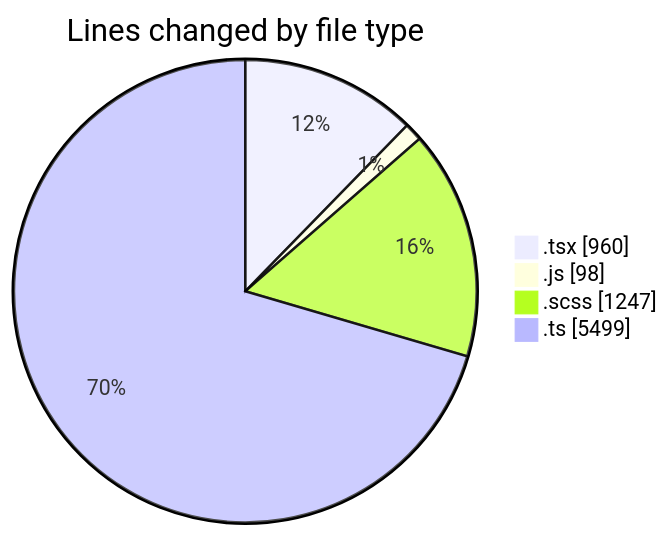
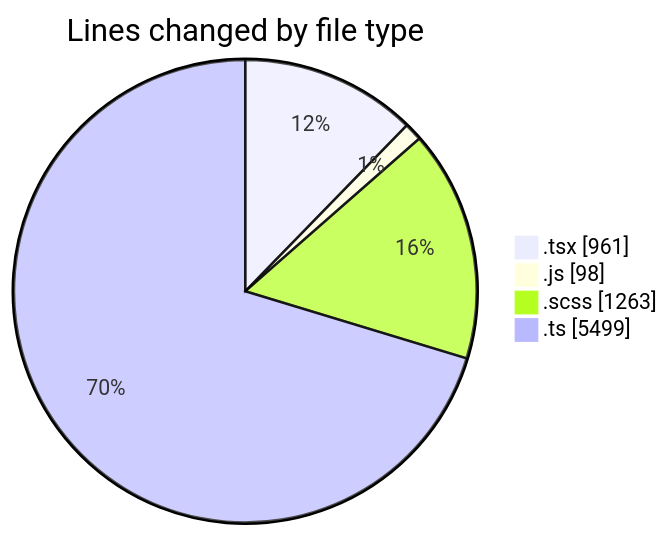
The first of 2 diagrams in 2025-03-31/cda/README.md (momahboobian/code-tracking), drawn with Mermaid before and after one commit. The commit also changed other lines of this file and 1 other file, not shown here.

````diff
--- a/2025-03-31/cda/README.md
+++ b/2025-03-31/cda/README.md
@@ -39,8 +39,8 @@
 ```mermaid
 pie showData
 title Lines changed by file type
-".tsx" : 960
+".tsx" : 961
 ".js" : 98
-".scss" : 1247
+".scss" : 1263
 ".ts" : 5499
 ```
````
